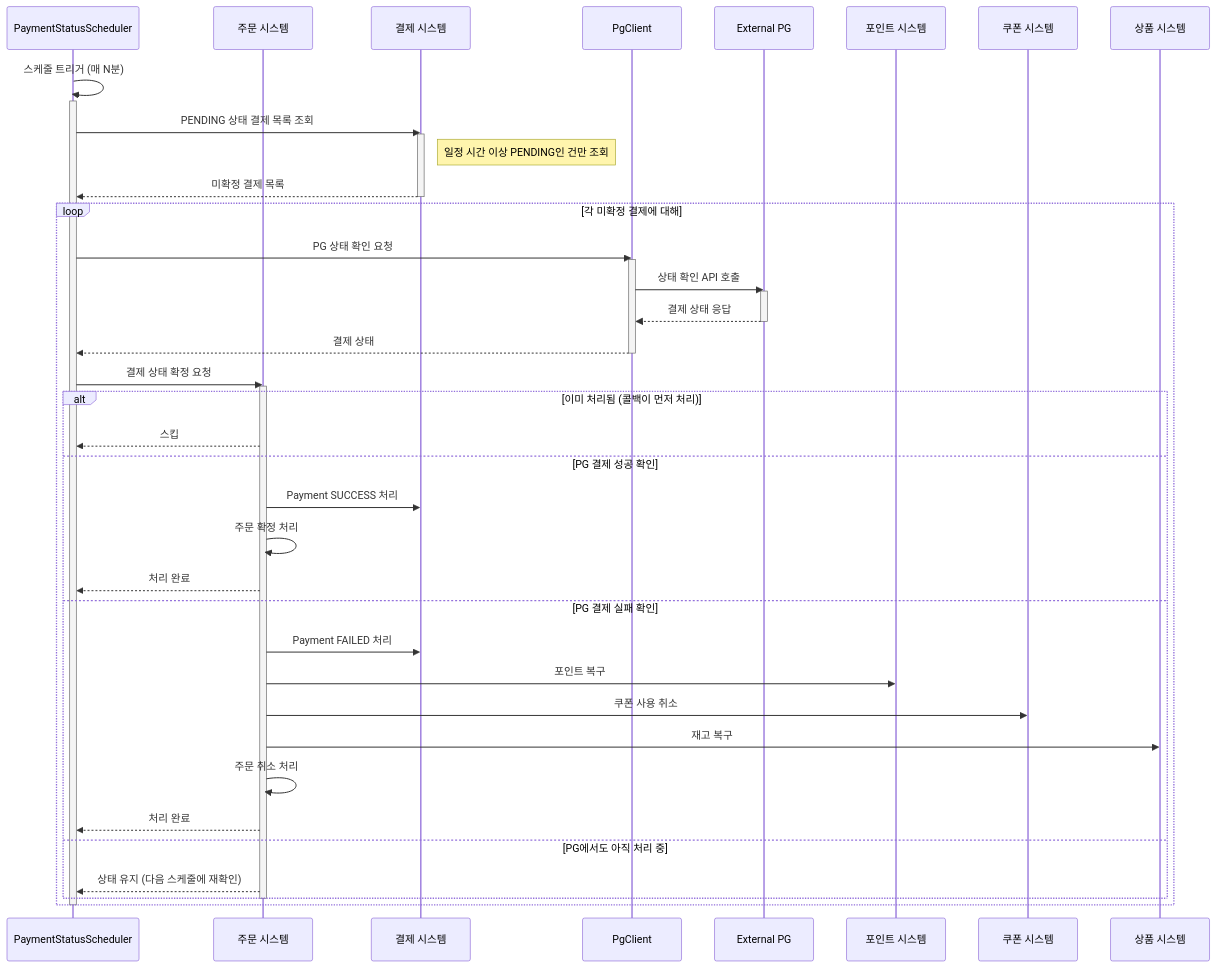
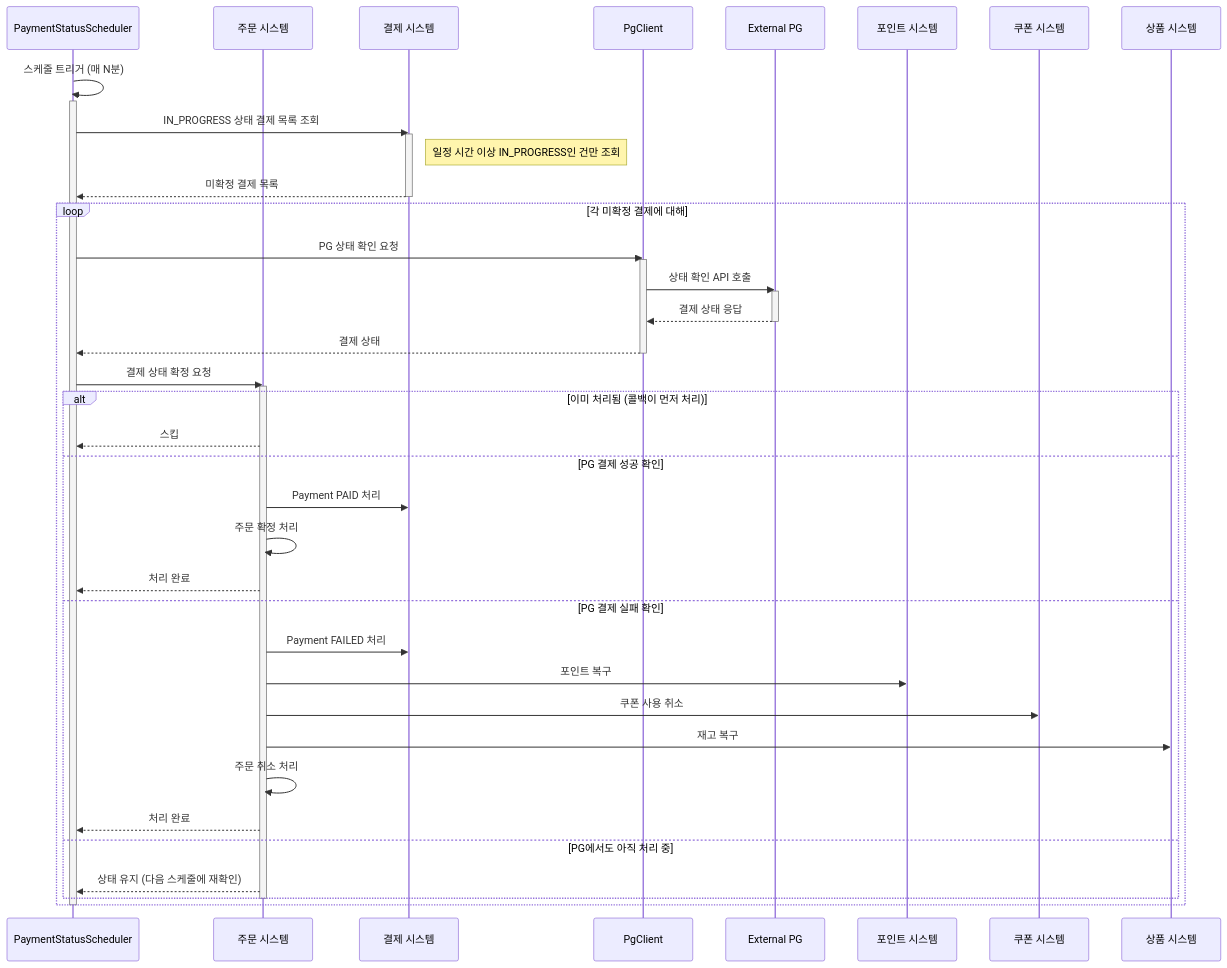
Before and after one commit to Loopers-dev-lab/loopers-spring-kotlin-template: the sixth of 7 diagrams in docs/week6/솔루션_설계_문서.md, drawn with Mermaid. The commit also changed other lines of this file and 1 other file, not shown here.

Commit message:
refactor(payment): 문서 변경

````diff
--- a/docs/week6/솔루션_설계_문서.md
+++ b/docs/week6/솔루션_설계_문서.md
@@ -374,55 +376,55 @@
 ```mermaid
 sequenceDiagram
     participant SCH as PaymentStatusScheduler
     participant OF as 주문 시스템
     participant PMS as 결제 시스템
     participant PG as PgClient
     participant EPG as External PG
     participant POS as 포인트 시스템
     participant CS as 쿠폰 시스템
     participant PS as 상품 시스템
     SCH ->> SCH: 스케줄 트리거 (매 N분)
     activate SCH
-    SCH ->> PMS: PENDING 상태 결제 목록 조회
+    SCH ->> PMS: IN_PROGRESS 상태 결제 목록 조회
     activate PMS
-    Note right of PMS: 일정 시간 이상 PENDING인 건만 조회
+    Note right of PMS: 일정 시간 이상 IN_PROGRESS인 건만 조회
     PMS -->> SCH: 미확정 결제 목록
     deactivate PMS
 
     loop 각 미확정 결제에 대해
         SCH ->> PG: PG 상태 확인 요청
         activate PG
         PG ->> EPG: 상태 확인 API 호출
         activate EPG
         EPG -->> PG: 결제 상태 응답
         deactivate EPG
         PG -->> SCH: 결제 상태
         deactivate PG
         SCH ->> OF: 결제 상태 확정 요청
         activate OF
 
         alt 이미 처리됨 (콜백이 먼저 처리)
             OF -->> SCH: 스킵
 
         else PG 결제 성공 확인
-            OF ->> PMS: Payment SUCCESS 처리
+            OF ->> PMS: Payment PAID 처리
             OF ->> OF: 주문 확정 처리
             OF -->> SCH: 처리 완료
 
         else PG 결제 실패 확인
             OF ->> PMS: Payment FAILED 처리
             OF ->> POS: 포인트 복구
             OF ->> CS: 쿠폰 사용 취소
             OF ->> PS: 재고 복구
             OF ->> OF: 주문 취소 처리
             OF -->> SCH: 처리 완료
 
         else PG에서도 아직 처리 중
             OF -->> SCH: 상태 유지 (다음 스케줄에 재확인)
         end
 
         deactivate OF
     end
 
     deactivate SCH
 ```
````
